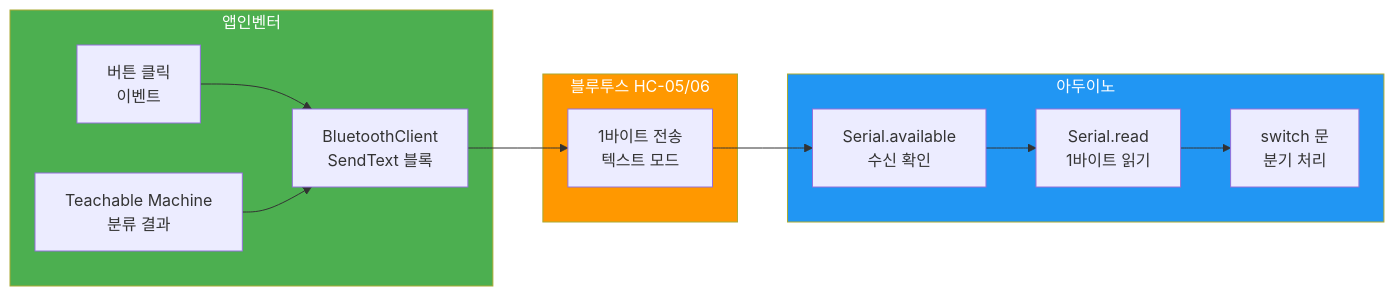
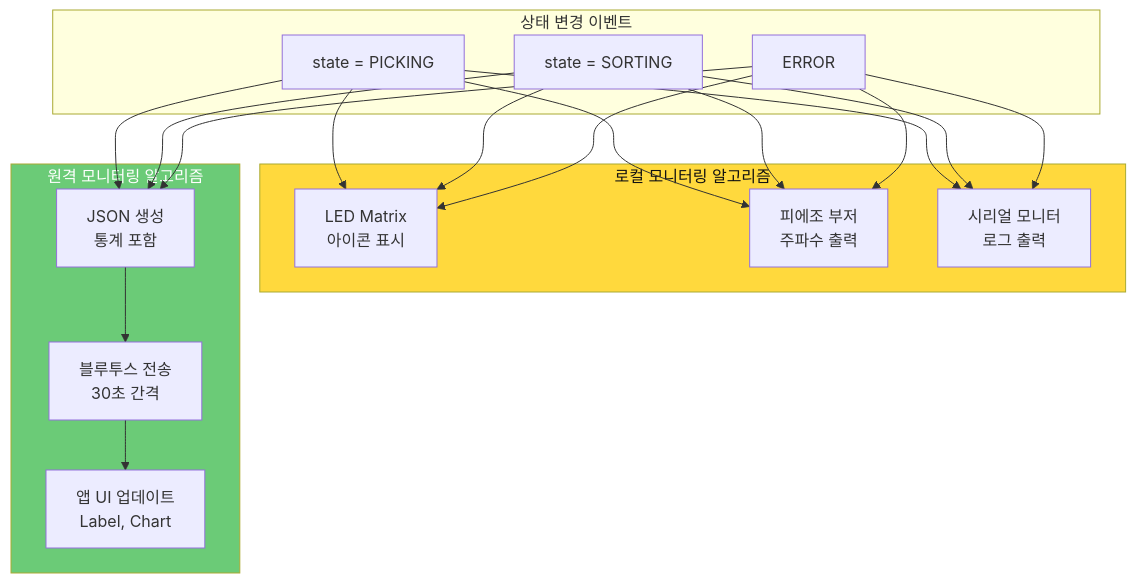
One commit to Collegenie-X/Smart_Factory_Arms_Project changed the eighth of 12 diagrams in docs/01_프로젝트_구조도.md. Above: the diagram before and after it, drawn with Mermaid. The commit also changed other lines of this file, not shown here.

````diff
--- a/docs/01_프로젝트_구조도.md
+++ b/docs/01_프로젝트_구조도.md
@@ -314,29 +367,40 @@
 ```mermaid
-graph LR
-    subgraph 앱인벤터[앱인벤터]
-        A[버튼 클릭<br/>이벤트]
-        B[Teachable Machine<br/>분류 결과]
-        C[BluetoothClient<br/>SendText 블록]
+graph TB
+    subgraph 상태_변경[상태 변경 이벤트]
+        E1[state = PICKING]
+        E2[state = SORTING]
+        E3[ERROR]
     end
     
-    subgraph 통신[블루투스 HC-05/06]
-        D[1바이트 전송<br/>텍스트 모드]
+    subgraph 로컬_모니터링[로컬 모니터링 알고리즘]
+        L1[LED Matrix<br/>아이콘 표시]
+        L2[피에조 부저<br/>주파수 출력]
+        L3[시리얼 모니터<br/>로그 출력]
     end
     
-    subgraph 아두이노[아두이노]
-        F[Serial.available<br/>수신 확인]
-        G[Serial.read<br/>1바이트 읽기]
-        H[switch 문<br/>분기 처리]
+    subgraph 원격_모니터링[원격 모니터링 알고리즘]
+        R1[JSON 생성<br/>통계 포함]
+        R2[블루투스 전송<br/>30초 간격]
+        R3[앱 UI 업데이트<br/>Label, Chart]
     end
     
-    A --> C
-    B --> C
-    C --> D
-    D --> F
-    F --> G
-    G --> H
+    E1 --> L1
+    E1 --> L2
+    E1 --> L3
+    E2 --> L1
+    E2 --> L2
+    E2 --> L3
+    E3 --> L1
+    E3 --> L2
+    E3 --> L3
     
-    style 앱인벤터 fill:#4CAF50,color:#fff
-    style 통신 fill:#FF9800,color:#fff
-    style 아두이노 fill:#2196F3,color:#fff
+    E1 --> R1
+    E2 --> R1
+    E3 --> R1
+    
+    R1 --> R2
+    R2 --> R3
+    
+    style 로컬_모니터링 fill:#FFD93D,color:#111
+    style 원격_모니터링 fill:#6BCB77,color:#fff
 ```
````
